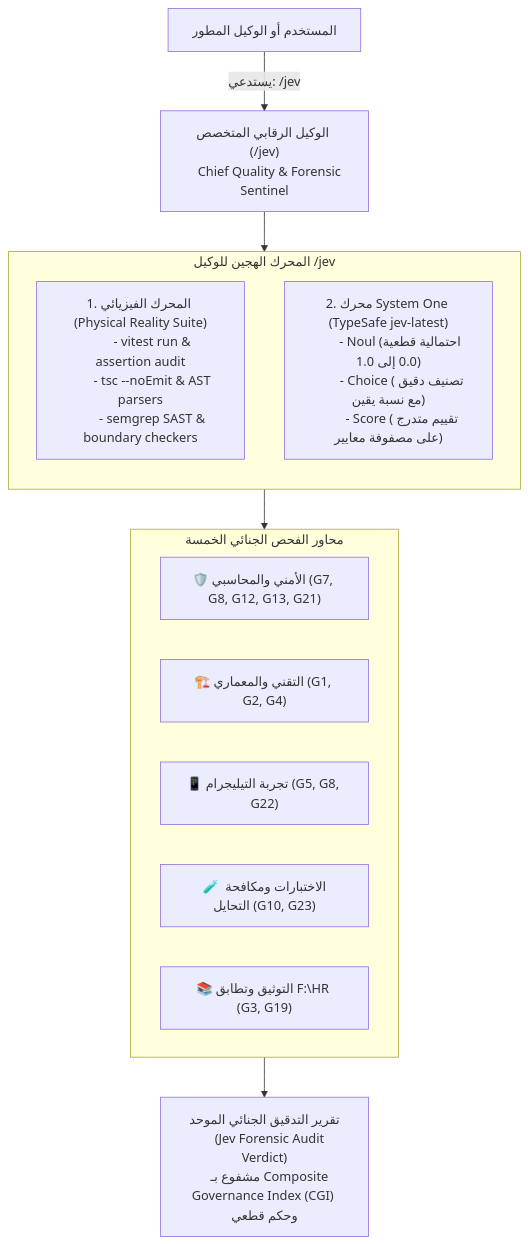
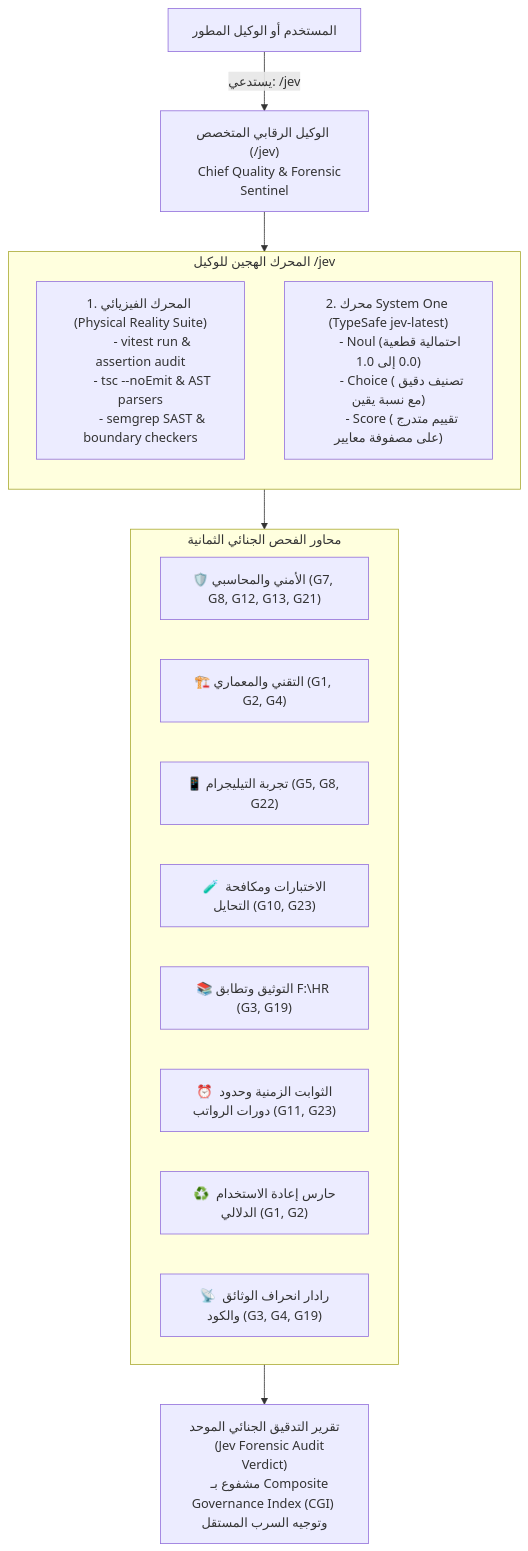
One commit to SalehOsman/Alsaada-Smart-Bot changed the diagram in .agents/skills/jev/SKILL.md. Above: the diagram before and after it, drawn with Mermaid. The commit also changed other lines of this file and 103 other files, not shown here.

````diff
--- a/.agents/skills/jev/SKILL.md
+++ b/.agents/skills/jev/SKILL.md
@@ -36,32 +36,35 @@
 ```mermaid
 flowchart TD
     User["المستخدم أو الوكيل المطور"] -->|"يستدعي: /jev"| JevAgent["الوكيل الرقابي المتخصص (/jev)
     Chief Quality & Forensic Sentinel"]
 
     subgraph HybridEngine["المحرك الهجين للوكيل /jev"]
         direction TB
         Physical["1. المحرك الفيزيائي (Physical Reality Suite)
         - vitest run & assertion audit
         - tsc --noEmit & AST parsers
         - semgrep SAST & boundary checkers"]
         TypeSafe["2. محرك System One (TypeSafe jev-latest)
         - Noul (احتمالية قطعية 0.0 إلى 1.0)
         - Choice (تصنيف دقيق مع نسبة يقين)
         - Score (تقييم متدرج على مصفوفة معايير)"]
     end
 
     JevAgent --> HybridEngine
 
-    subgraph Audits["محاور الفحص الجنائي الخمسة"]
+    subgraph Audits["محاور الفحص الجنائي الثمانية"]
         A1["🛡️ الأمني والمحاسبي (G7, G8, G12, G13, G21)"]
         A2["🏗️ التقني والمعماري (G1, G2, G4)"]
         A3["📱 تجربة التيليجرام (G5, G8, G22)"]
         A4["🧪 الاختبارات ومكافحة التحايل (G10, G23)"]
         A5["📚 التوثيق وتطابق F:\HR (G3, G19)"]
+        A6["⏰ الثوابت الزمنية وحدود دورات الرواتب (G11, G23)"]
+        A7["♻️ حارس إعادة الاستخدام الدلالي (G1, G2)"]
+        A8["📡 رادار انحراف الوثائق والكود (G3, G4, G19)"]
     end
 
     HybridEngine --> Audits
     Audits --> Report["تقرير التدقيق الجنائي الموحد
     (Jev Forensic Audit Verdict)
-    مشفوع بـ Composite Governance Index (CGI) وحكم قطعي"]
+    مشفوع بـ Composite Governance Index (CGI) وتوجيه السرب المستقل"]
 ```
````
